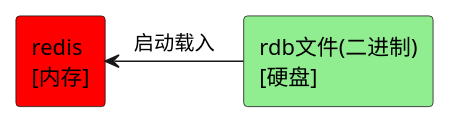
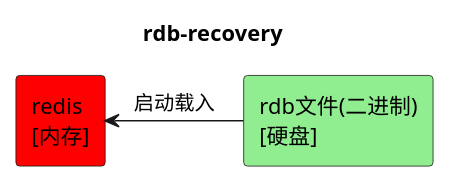
The second of 10 diagrams in redis/02-persistence/assets.wsd (zhangxishuo/knowledge), drawn with PlantUML before and after one commit. The commit also changed other lines of this file and 10 other files, not shown here.

```diff
--- a/redis/02-persistence/assets.wsd
+++ b/redis/02-persistence/assets.wsd
@@ -10,8 +11,9 @@
 @startuml
+title rdb-recovery
 skinparam style strictuml
 
 rectangle "redis\n[内存]" as redis #red
 rectangle "rdb文件(二进制)\n[硬盘]" as rdb #lightgreen
 
 rdb -left-> redis: 启动载入
 @enduml
```
